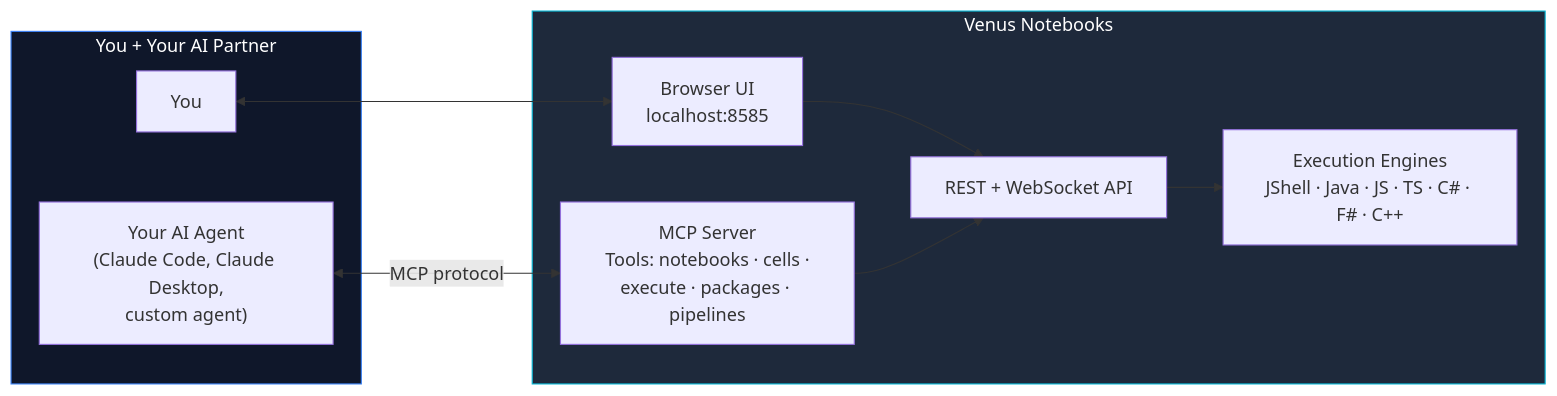
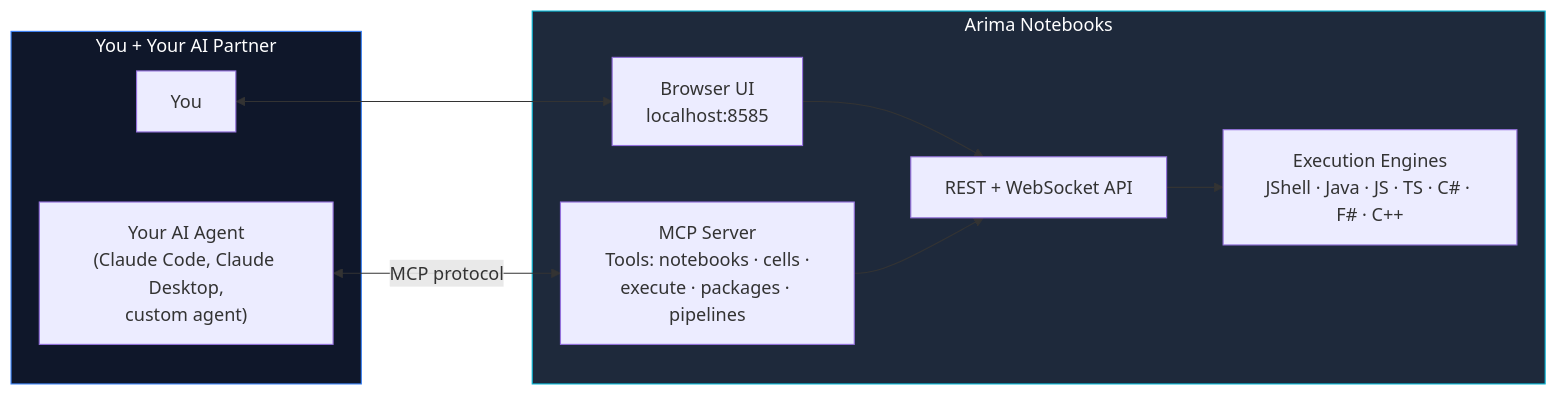
Before and after one commit to snchande/Venus: the diagram in articles/medium-article.md, drawn with Mermaid. The commit also changed other lines of this file and 215 other files, not shown here.

First line of the commit message:
Rebrand Venus -> Arima Notebooks (Barista engine), v3.1.0

````diff
--- a/articles/medium-article.md
+++ b/articles/medium-article.md
@@ -103,23 +103,23 @@
 ```mermaid
 flowchart LR
     subgraph You["You + Your AI Partner"]
         DEV["You"]
         AI["Your AI Agent<br/>(Claude Code, Claude Desktop,<br/>custom agent)"]
     end
 
-    subgraph Venus["Venus Notebooks"]
+    subgraph Arima["Arima Notebooks"]
         UI["Browser UI<br/>localhost:8585"]
         MCP["MCP Server<br/>Tools: notebooks · cells ·<br/>execute · packages · pipelines"]
         REST["REST + WebSocket API"]
         ENG["Execution Engines<br/>JShell · Java · JS · TS · C# · F# · C++"]
     end
 
     DEV <--> UI
     AI <-->|"MCP protocol"| MCP
     UI --> REST
     MCP --> REST
     REST --> ENG
 
     style You fill:#0f172a,stroke:#3b82f6,color:#fff
-    style Venus fill:#1e293b,stroke:#06b6d4,color:#fff
+    style Arima fill:#1e293b,stroke:#06b6d4,color:#fff
 ```
````
